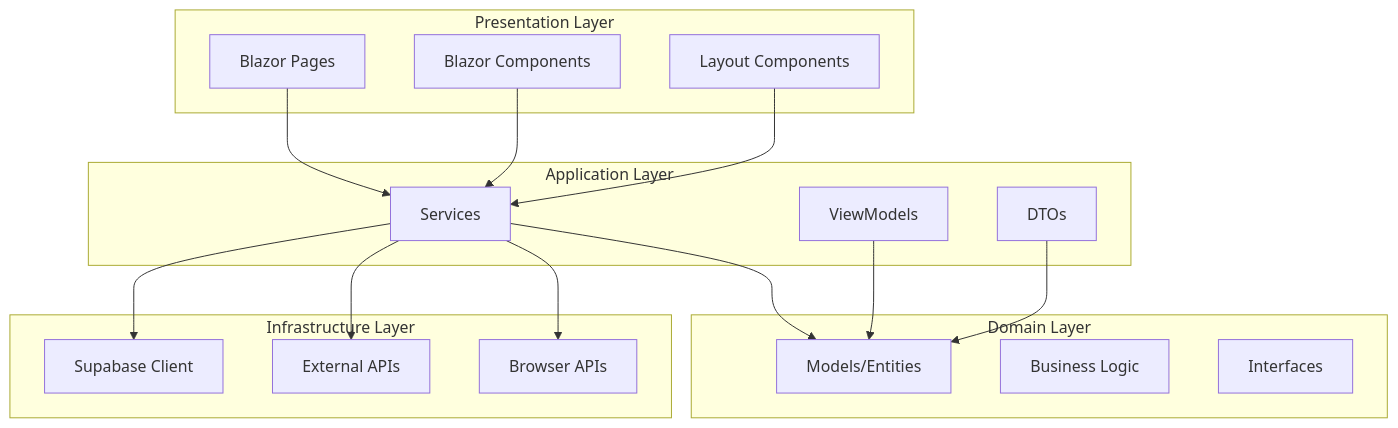
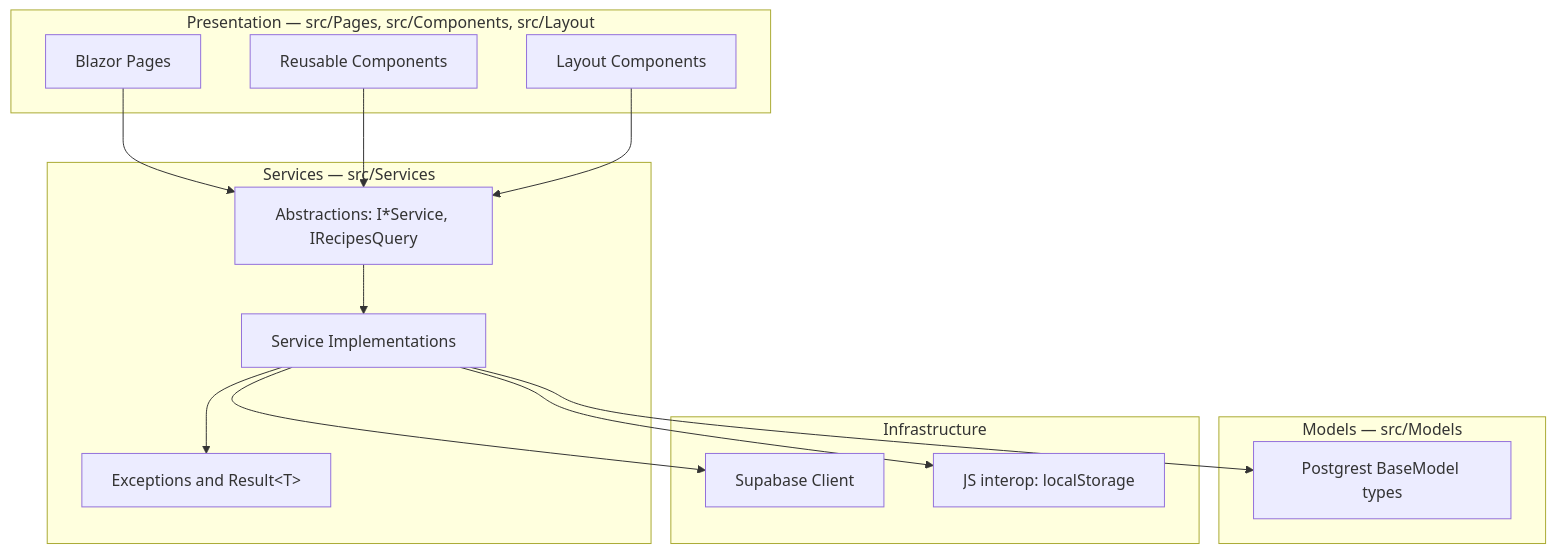
One commit to mongeon/RecettesIndex changed the third of 9 diagrams in docs/ARCHITECTURE.md. Above: the diagram before and after it, drawn with Mermaid. The commit also changed other lines of this file, not shown here.

First line of the commit message:
docs: remove architecture content that describes code the project does not have

````diff
--- a/docs/ARCHITECTURE.md
+++ b/docs/ARCHITECTURE.md
@@ -116,36 +117,32 @@
 ```mermaid
 graph TD
-    subgraph "Presentation Layer"
-        A[Blazor Pages]
-        B[Blazor Components]
-        C[Layout Components]
+    subgraph "Presentation — src/Pages, src/Components, src/Layout"
+        Pages[Blazor Pages]
+        Components[Reusable Components]
+        LayoutC[Layout Components]
     end
-    
-    subgraph "Application Layer"
-        D[Services]
-        E[ViewModels]
-        F[DTOs]
+
+    subgraph "Services — src/Services"
+        Services[Service Implementations]
+        Interfaces[Abstractions: I*Service, IRecipesQuery]
+        Errors[Exceptions and Result&lt;T&gt;]
     end
-    
-    subgraph "Domain Layer"
-        G[Models/Entities]
-        H[Business Logic]
-        I[Interfaces]
+
+    subgraph "Models — src/Models"
+        Models[Postgrest BaseModel types]
     end
-    
-    subgraph "Infrastructure Layer"
-        J[Supabase Client]
-        K[External APIs]
-        L[Browser APIs]
+
+    subgraph "Infrastructure"
+        Client[Supabase Client]
+        Js[JS interop: localStorage]
     end
-    
-    A --> D
-    B --> D
-    C --> D
-    D --> G
-    E --> G
-    F --> G
-    D --> J
-    D --> K
-    D --> L
+
+    Pages --> Interfaces
+    Components --> Interfaces
+    LayoutC --> Interfaces
+    Interfaces --> Services
+    Services --> Errors
+    Services --> Models
+    Services --> Client
+    Services --> Js
 ```
````
